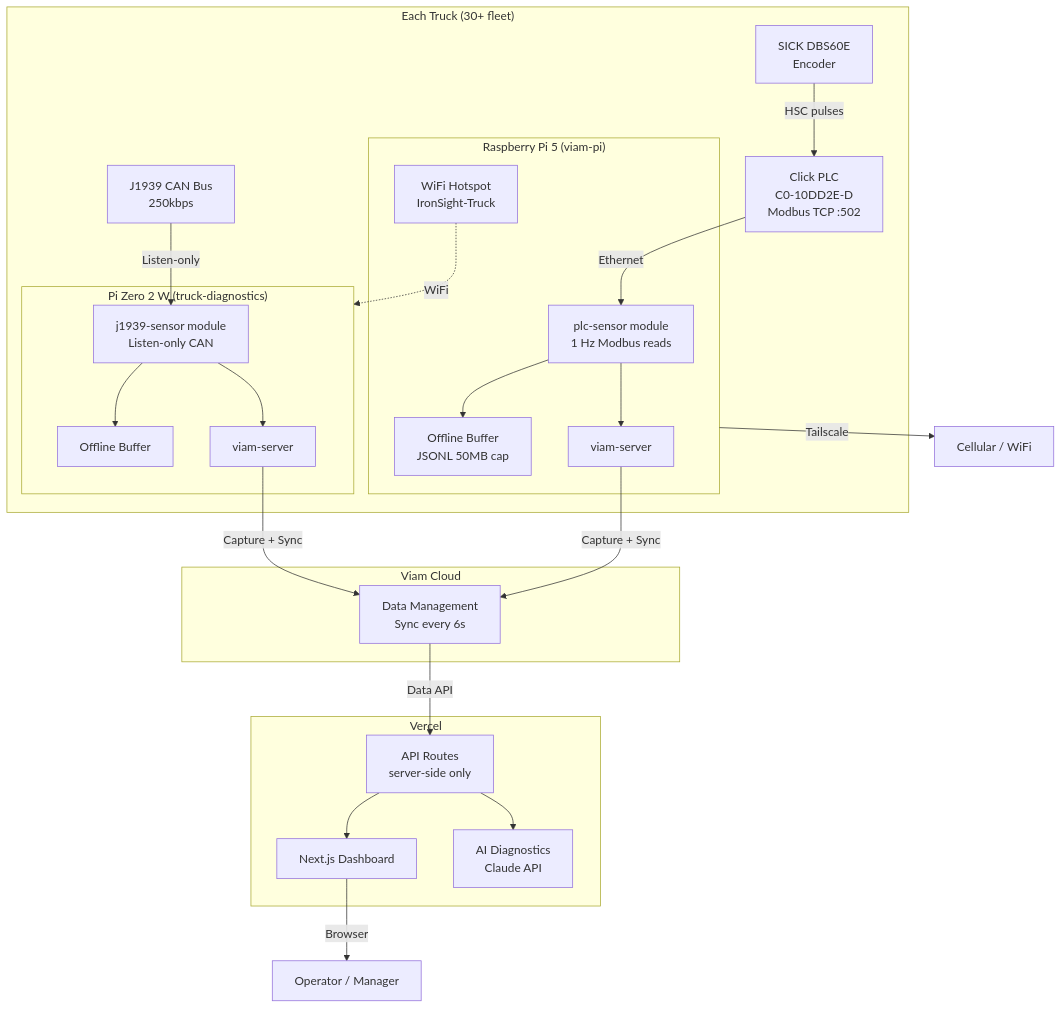
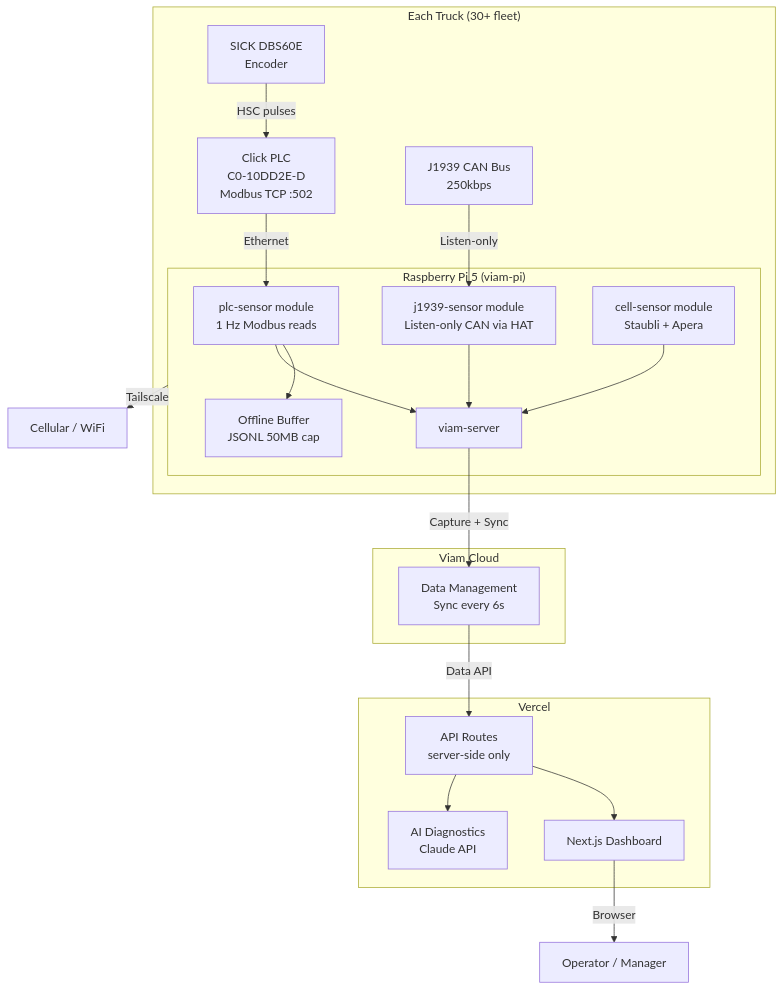
One commit to andrewaws26/Viam-Staubli-Apera-PLC-Mobile-POC changed the diagram in docs/architecture.md. Above: the diagram before and after it, drawn with Mermaid. The commit also changed other lines of this file and 21 other files, not shown here.

First line of the commit message:
Consolidate from dual-Pi to single Pi 5 architecture

````diff
--- a/docs/architecture.md
+++ b/docs/architecture.md
@@ -9,50 +9,43 @@
 ```mermaid
 graph TB
     subgraph Truck["Each Truck (30+ fleet)"]
         PLC["Click PLC<br/>C0-10DD2E-D<br/>Modbus TCP :502"]
         ENC["SICK DBS60E<br/>Encoder"]
         CAN["J1939 CAN Bus<br/>250kbps"]
         
         subgraph Pi5["Raspberry Pi 5 (viam-pi)"]
             PLC_MOD["plc-sensor module<br/>1 Hz Modbus reads"]
-            BUF1["Offline Buffer<br/>JSONL 50MB cap"]
-            VIAM1["viam-server"]
-            HOTSPOT["WiFi Hotspot<br/>IronSight-Truck"]
-        end
-        
-        subgraph PiZero["Pi Zero 2 W (truck-diagnostics)"]
-            J1939_MOD["j1939-sensor module<br/>Listen-only CAN"]
-            BUF2["Offline Buffer"]
-            VIAM2["viam-server"]
+            J1939_MOD["j1939-sensor module<br/>Listen-only CAN via HAT"]
+            CELL_MOD["cell-sensor module<br/>Staubli + Apera"]
+            BUF["Offline Buffer<br/>JSONL 50MB cap"]
+            VIAM["viam-server"]
         end
         
         ENC -->|"HSC pulses"| PLC
         PLC -->|"Ethernet"| PLC_MOD
-        PLC_MOD --> BUF1
-        PLC_MOD --> VIAM1
         CAN -->|"Listen-only"| J1939_MOD
-        J1939_MOD --> BUF2
-        J1939_MOD --> VIAM2
-        HOTSPOT -.->|"WiFi"| PiZero
+        PLC_MOD --> BUF
+        PLC_MOD --> VIAM
+        J1939_MOD --> VIAM
+        CELL_MOD --> VIAM
     end
     
     subgraph Cloud["Viam Cloud"]
         DATA["Data Management<br/>Sync every 6s"]
     end
     
     subgraph Vercel["Vercel"]
         DASH["Next.js Dashboard"]
         AI["AI Diagnostics<br/>Claude API"]
         API["API Routes<br/>server-side only"]
     end
     
     CELL["Cellular / WiFi"] 
     
-    VIAM1 -->|"Capture + Sync"| DATA
-    VIAM2 -->|"Capture + Sync"| DATA
+    VIAM -->|"Capture + Sync"| DATA
     Pi5 -->|"Tailscale"| CELL
     DATA -->|"Data API"| API
     API --> DASH
     API --> AI
     DASH -->|"Browser"| USER["Operator / Manager"]
 ```
````
